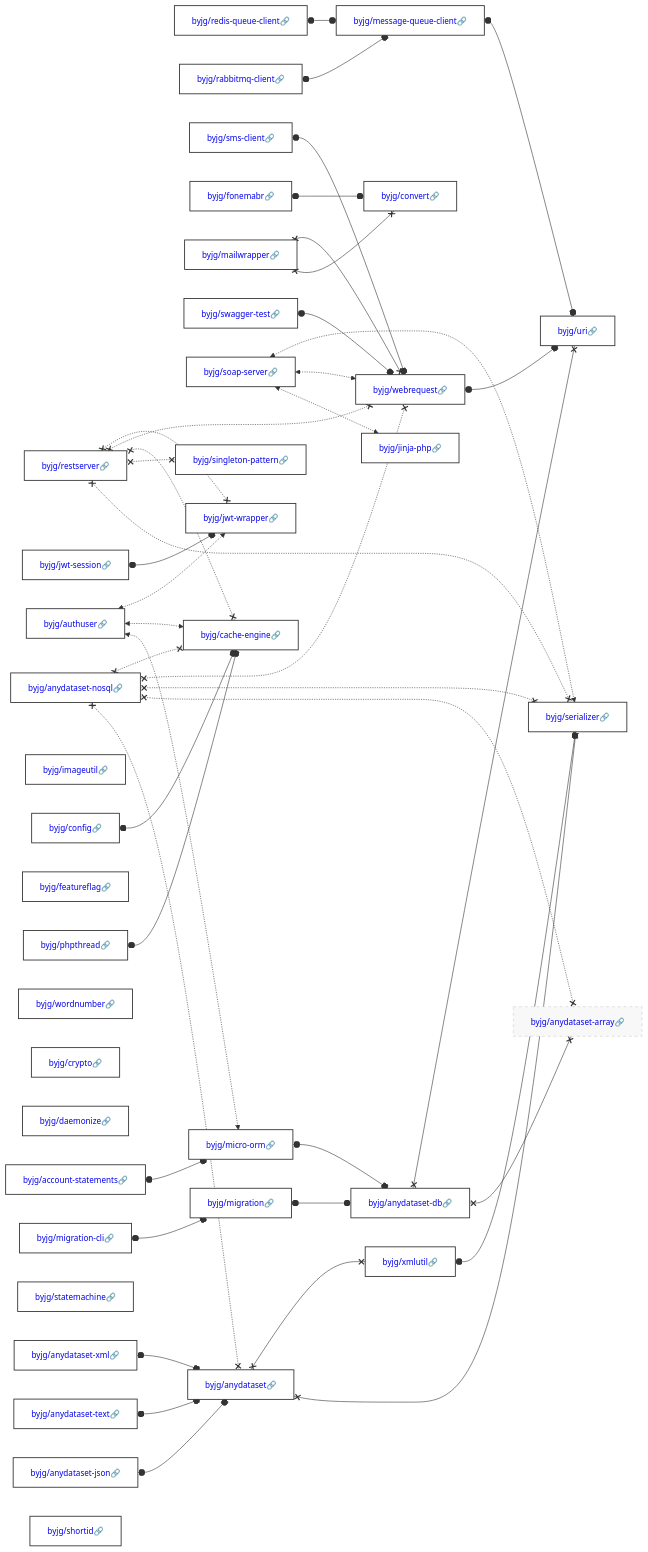
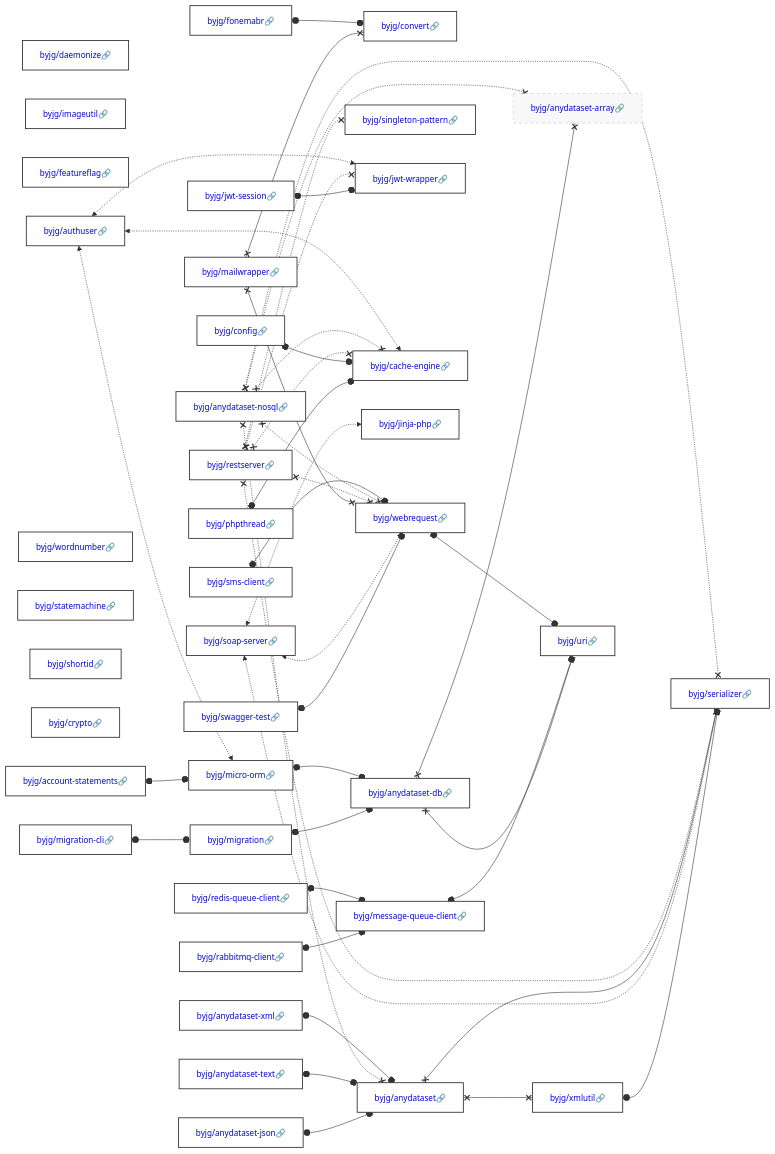
Before and after one commit to byjg/byjg.github.io: the diagram in docs/php/README.md, drawn with Mermaid. The commit also changed other lines of this file, not shown here.

Commit message:
Update documentation 'php' 'php-jwt-session'

````diff
--- a/docs/php/README.md
+++ b/docs/php/README.md
@@ -3,45 +3,45 @@
 ```mermaid
 graph LR;
-  byjg/restserver[<a href='https://opensource.byjg.com/docs/php/restserver' style='text-decoration:none'>byjg/restserver🔗</a>];
+  byjg/daemonize[<a href='https://opensource.byjg.com/docs/php/daemonize' style='text-decoration:none'>byjg/daemonize🔗</a>];
   byjg/anydataset-text[<a href='https://opensource.byjg.com/docs/php/anydataset-text' style='text-decoration:none'>byjg/anydataset-text🔗</a>];
-  byjg/anydataset-json[<a href='https://opensource.byjg.com/docs/php/anydataset-json' style='text-decoration:none'>byjg/anydataset-json🔗</a>];
-  byjg/anydataset-nosql[<a href='https://opensource.byjg.com/docs/php/anydataset-nosql' style='text-decoration:none'>byjg/anydataset-nosql🔗</a>];
   byjg/imageutil[<a href='https://opensource.byjg.com/docs/php/imageutil' style='text-decoration:none'>byjg/imageutil🔗</a>];
-  byjg/phpthread[<a href='https://opensource.byjg.com/docs/php/phpthread' style='text-decoration:none'>byjg/phpthread🔗</a>];
+  byjg/mailwrapper[<a href='https://opensource.byjg.com/docs/php/mailwrapper' style='text-decoration:none'>byjg/mailwrapper🔗</a>];
   byjg/featureflag[<a href='https://opensource.byjg.com/docs/php/featureflag' style='text-decoration:none'>byjg/featureflag🔗</a>];
+  byjg/rabbitmq-client[<a href='https://opensource.byjg.com/docs/php/rabbitmq-client' style='text-decoration:none'>byjg/rabbitmq-client🔗</a>];
   byjg/account-statements[<a href='https://opensource.byjg.com/docs/php/account-statements' style='text-decoration:none'>byjg/account-statements🔗</a>];
   byjg/wordnumber[<a href='https://opensource.byjg.com/docs/php/wordnumber' style='text-decoration:none'>byjg/wordnumber🔗</a>];
+  byjg/anydataset-json[<a href='https://opensource.byjg.com/docs/php/anydataset-json' style='text-decoration:none'>byjg/anydataset-json🔗</a>];
+  byjg/statemachine[<a href='https://opensource.byjg.com/docs/php/statemachine' style='text-decoration:none'>byjg/statemachine🔗</a>];
+  byjg/shortid[<a href='https://opensource.byjg.com/docs/php/shortid' style='text-decoration:none'>byjg/shortid🔗</a>];
+  byjg/fonemabr[<a href='https://opensource.byjg.com/docs/php/fonemabr' style='text-decoration:none'>byjg/fonemabr🔗</a>];
+  byjg/jwt-session[<a href='https://opensource.byjg.com/docs/php/jwt-session' style='text-decoration:none'>byjg/jwt-session🔗</a>];
+  byjg/anydataset-nosql[<a href='https://opensource.byjg.com/docs/php/anydataset-nosql' style='text-decoration:none'>byjg/anydataset-nosql🔗</a>];
+  byjg/redis-queue-client[<a href='https://opensource.byjg.com/docs/php/redis-queue-client' style='text-decoration:none'>byjg/redis-queue-client🔗</a>];
   byjg/crypto[<a href='https://opensource.byjg.com/docs/php/crypto' style='text-decoration:none'>byjg/crypto🔗</a>];
-  byjg/redis-queue-client[<a href='https://opensource.byjg.com/docs/php/redis-queue-client' style='text-decoration:none'>byjg/redis-queue-client🔗</a>];
-  byjg/daemonize[<a href='https://opensource.byjg.com/docs/php/daemonize' style='text-decoration:none'>byjg/daemonize🔗</a>];
-  byjg/rabbitmq-client[<a href='https://opensource.byjg.com/docs/php/rabbitmq-client' style='text-decoration:none'>byjg/rabbitmq-client🔗</a>];
   byjg/authuser[<a href='https://opensource.byjg.com/docs/php/authuser' style='text-decoration:none'>byjg/authuser🔗</a>];
+  byjg/phpthread[<a href='https://opensource.byjg.com/docs/php/phpthread' style='text-decoration:none'>byjg/phpthread🔗</a>];
+  byjg/migration-cli[<a href='https://opensource.byjg.com/docs/php/migration-cli' style='text-decoration:none'>byjg/migration-cli🔗</a>];
+  byjg/anydataset-xml[<a href='https://opensource.byjg.com/docs/php/anydataset-xml' style='text-decoration:none'>byjg/anydataset-xml🔗</a>];
+  byjg/restserver[<a href='https://opensource.byjg.com/docs/php/restserver' style='text-decoration:none'>byjg/restserver🔗</a>];
   byjg/sms-client[<a href='https://opensource.byjg.com/docs/php/sms-client' style='text-decoration:none'>byjg/sms-client🔗</a>];
-  byjg/anydataset-xml[<a href='https://opensource.byjg.com/docs/php/anydataset-xml' style='text-decoration:none'>byjg/anydataset-xml🔗</a>];
-  byjg/statemachine[<a href='https://opensource.byjg.com/docs/php/statemachine' style='text-decoration:none'>byjg/statemachine🔗</a>];
-  byjg/migration-cli[<a href='https://opensource.byjg.com/docs/php/migration-cli' style='text-decoration:none'>byjg/migration-cli🔗</a>];
-  byjg/fonemabr[<a href='https://opensource.byjg.com/docs/php/fonemabr' style='text-decoration:none'>byjg/fonemabr🔗</a>];
-  byjg/mailwrapper[<a href='https://opensource.byjg.com/docs/php/mailwrapper' style='text-decoration:none'>byjg/mailwrapper🔗</a>];
-  byjg/jwt-session[<a href='https://opensource.byjg.com/docs/php/jwt-session' style='text-decoration:none'>byjg/jwt-session🔗</a>];
   byjg/swagger-test[<a href='https://opensource.byjg.com/docs/php/swagger-test' style='text-decoration:none'>byjg/swagger-test🔗</a>];
   byjg/config[<a href='https://opensource.byjg.com/docs/php/config' style='text-decoration:none'>byjg/config🔗</a>];
-  byjg/shortid[<a href='https://opensource.byjg.com/docs/php/shortid' style='text-decoration:none'>byjg/shortid🔗</a>];
   byjg/soap-server[<a href='https://opensource.byjg.com/docs/php/soap-server' style='text-decoration:none'>byjg/soap-server🔗</a>];
-  byjg/singleton-pattern[<a href='https://opensource.byjg.com/docs/php/singleton-pattern' style='text-decoration:none'>byjg/singleton-pattern🔗</a>];
+  byjg/convert[<a href='https://opensource.byjg.com/docs/php/convert' style='text-decoration:none'>byjg/convert🔗</a>];
   byjg/message-queue-client[<a href='https://opensource.byjg.com/docs/php/message-queue-client' style='text-decoration:none'>byjg/message-queue-client🔗</a>];
   byjg/micro-orm[<a href='https://opensource.byjg.com/docs/php/micro-orm' style='text-decoration:none'>byjg/micro-orm🔗</a>];
+  byjg/migration[<a href='https://opensource.byjg.com/docs/php/migration' style='text-decoration:none'>byjg/migration🔗</a>];
   byjg/anydataset[<a href='https://opensource.byjg.com/docs/php/anydataset' style='text-decoration:none'>byjg/anydataset🔗</a>];
-  byjg/migration[<a href='https://opensource.byjg.com/docs/php/migration' style='text-decoration:none'>byjg/migration🔗</a>];
-  byjg/convert[<a href='https://opensource.byjg.com/docs/php/convert' style='text-decoration:none'>byjg/convert🔗</a>];
+  byjg/singleton-pattern[<a href='https://opensource.byjg.com/docs/php/singleton-pattern' style='text-decoration:none'>byjg/singleton-pattern🔗</a>];
   byjg/jwt-wrapper[<a href='https://opensource.byjg.com/docs/php/jwt-wrapper' style='text-decoration:none'>byjg/jwt-wrapper🔗</a>];
   byjg/cache-engine[<a href='https://opensource.byjg.com/docs/php/cache-engine' style='text-decoration:none'>byjg/cache-engine🔗</a>];
   byjg/jinja-php[<a href='https://opensource.byjg.com/docs/php/jinja-php' style='text-decoration:none'>byjg/jinja-php🔗</a>];
   byjg/webrequest[<a href='https://opensource.byjg.com/docs/php/webrequest' style='text-decoration:none'>byjg/webrequest🔗</a>];
+  byjg/anydataset-db[<a href='https://opensource.byjg.com/docs/php/anydataset-db' style='text-decoration:none'>byjg/anydataset-db🔗</a>];
   byjg/xmlutil[<a href='https://opensource.byjg.com/docs/php/xmlutil' style='text-decoration:none'>byjg/xmlutil🔗</a>];
-  byjg/anydataset-db[<a href='https://opensource.byjg.com/docs/php/anydataset-db' style='text-decoration:none'>byjg/anydataset-db🔗</a>];
-  byjg/serializer[<a href='https://opensource.byjg.com/docs/php/serializer' style='text-decoration:none'>byjg/serializer🔗</a>];
   byjg/anydataset-array[<a href='https://opensource.byjg.com/docs/php/anydataset-array' style='text-decoration:none'>byjg/anydataset-array🔗</a>];
   byjg/uri[<a href='https://opensource.byjg.com/docs/php/uri' style='text-decoration:none'>byjg/uri🔗</a>];
+  byjg/serializer[<a href='https://opensource.byjg.com/docs/php/serializer' style='text-decoration:none'>byjg/serializer🔗</a>];
   byjg/xmlutil o--o byjg/serializer;
   byjg/rabbitmq-client o--o byjg/message-queue-client;
   byjg/migration o--o byjg/anydataset-db;
````
